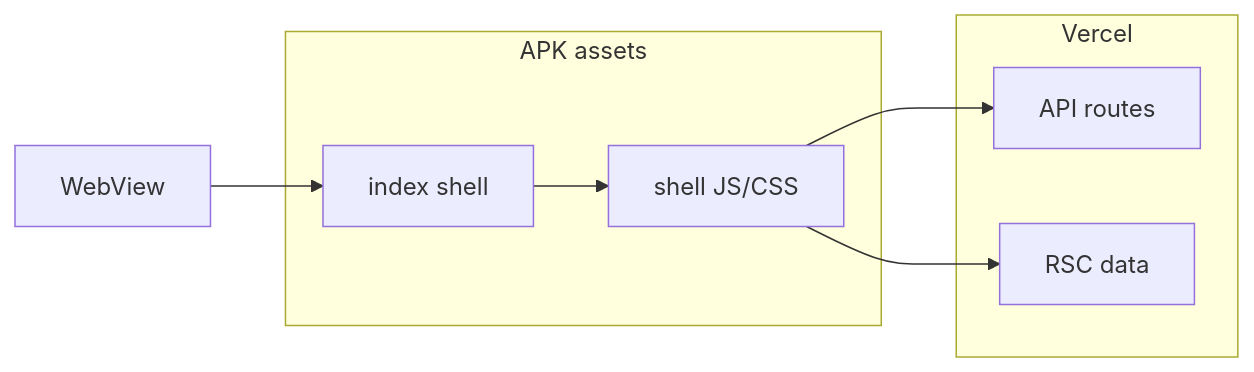
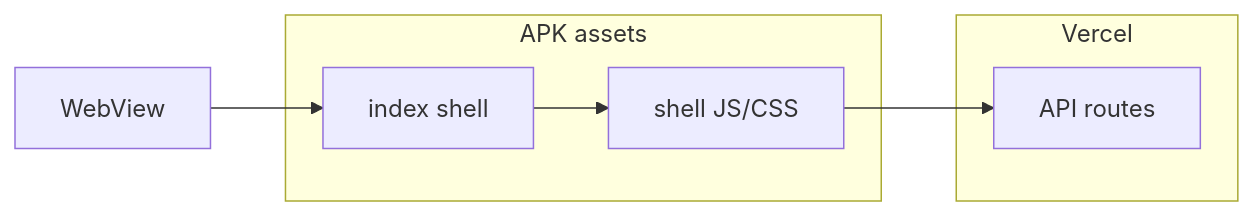
One commit to kimbk01/samarket changed the diagram in docs/dibay-hybrid-local-shell-epic.md. Above: the diagram before and after it, drawn with Mermaid. The commit also changed other lines of this file and 44 other files, not shown here.

````diff
--- a/docs/dibay-hybrid-local-shell-epic.md
+++ b/docs/dibay-hybrid-local-shell-epic.md
@@ -13,15 +23,13 @@
 ```mermaid
 flowchart LR
   subgraph apk [APK assets]
     ShellJS[shell JS/CSS]
     ShellHTML[index shell]
   end
   subgraph remote [Vercel]
     API[API routes]
-    RSC[RSC data]
   end
   WebView --> ShellHTML
   ShellHTML --> ShellJS
   ShellJS --> API
-  ShellJS --> RSC
 ```
````
